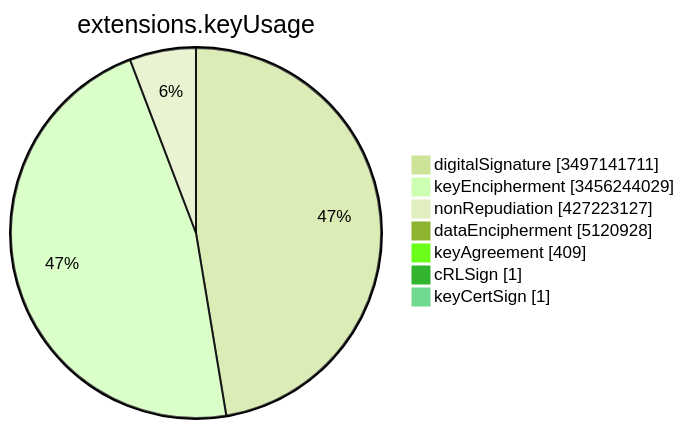
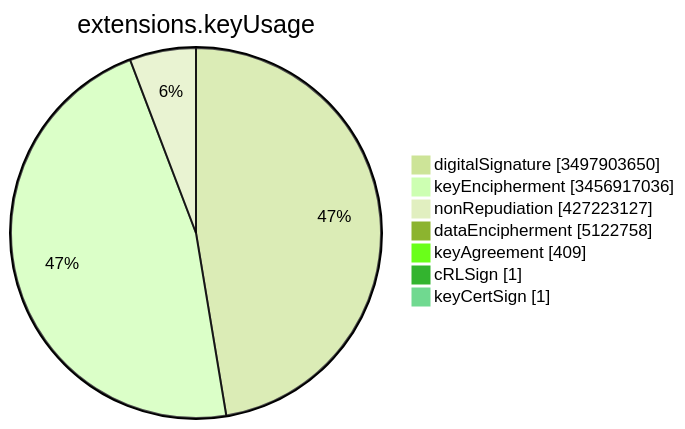
One commit to christiankrug/ctmonitor_visualization changed the sixth of 15 diagrams in TOTAL/README.md. Above: the diagram before and after it, drawn with Mermaid (forest theme). The commit also changed other lines of this file, not shown here.

````diff
--- a/TOTAL/README.md
+++ b/TOTAL/README.md
@@ -3083,11 +3083,11 @@
 ```mermaid
 pie showData
 title extensions.keyUsage
-"digitalSignature" :3497141711
-"keyEncipherment" :3456244029
+"digitalSignature" :3497903650
+"keyEncipherment" :3456917036
 "nonRepudiation" :427223127
-"dataEncipherment" :5120928
+"dataEncipherment" :5122758
 "keyAgreement" :409
 "cRLSign" :1
 "keyCertSign" :1
 ```
````
